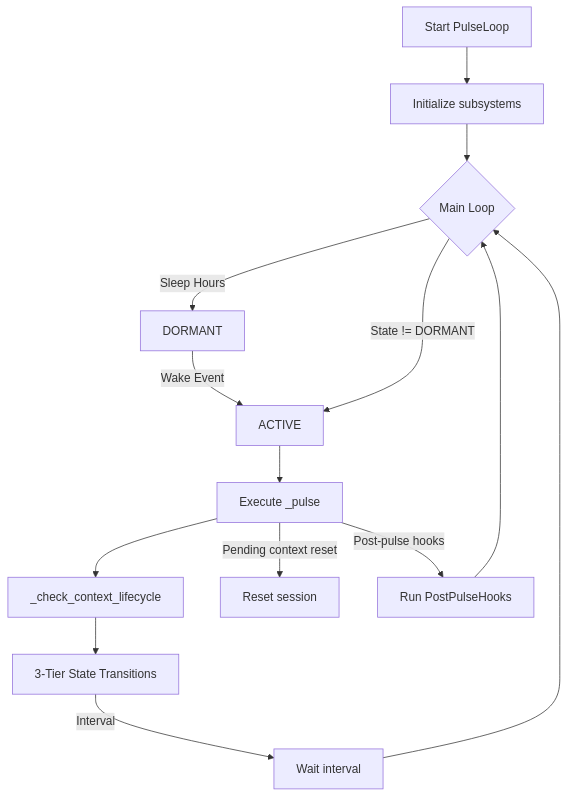
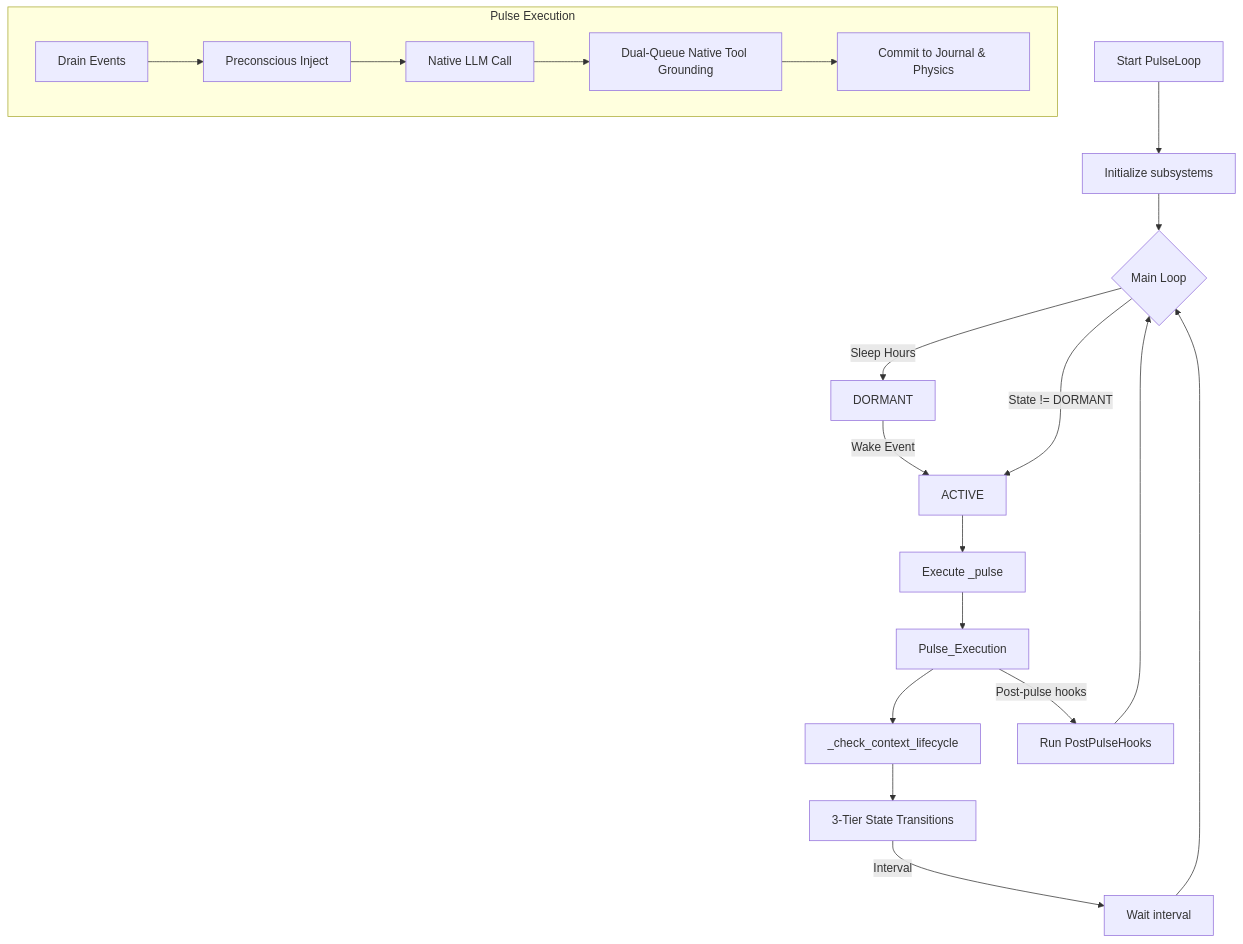
Before and after one commit to munch2u-a11y/Helix-AGI: the diagram in documents/audits/audit_pulse_loop.md, drawn with Mermaid. The commit also changed other lines of this file and 12 other files, not shown here.

````diff
--- a/documents/audits/audit_pulse_loop.md
+++ b/documents/audits/audit_pulse_loop.md
@@ -142,16 +101,24 @@
 ```mermaid
 flowchart TD
     Start[Start PulseLoop] --> Init[Initialize subsystems]
     Init --> Loop{Main Loop}
     Loop -->|Sleep Hours| Dormant[DORMANT]
     Dormant -->|Wake Event| Active[ACTIVE]
     Loop -->|State != DORMANT| Active
     Active --> Pulse[Execute _pulse]
-    Pulse --> ContextCheck[_check_context_lifecycle]
+    
+    subgraph Pulse Execution
+        Pulse_Drain[Drain Events] --> Pulse_Inject[Preconscious Inject]
+        Pulse_Inject --> Pulse_Send[Native LLM Call]
+        Pulse_Send --> Pulse_DualQueue[Dual-Queue Native Tool Grounding]
+        Pulse_DualQueue --> Pulse_Commit[Commit to Journal & Physics]
+    end
+    
+    Pulse --> Pulse_Execution
+    Pulse_Execution --> ContextCheck[_check_context_lifecycle]
     ContextCheck --> StateTrans[3‑Tier State Transitions]
     StateTrans -->|Interval| Wait[Wait interval]
     Wait --> Loop
-    Pulse -->|Pending context reset| Reset[Reset session]
-    Pulse -->|Post‑pulse hooks| Hooks[Run PostPulseHooks]
+    Pulse_Execution -->|Post‑pulse hooks| Hooks[Run PostPulseHooks]
     Hooks --> Loop
 ```
````
